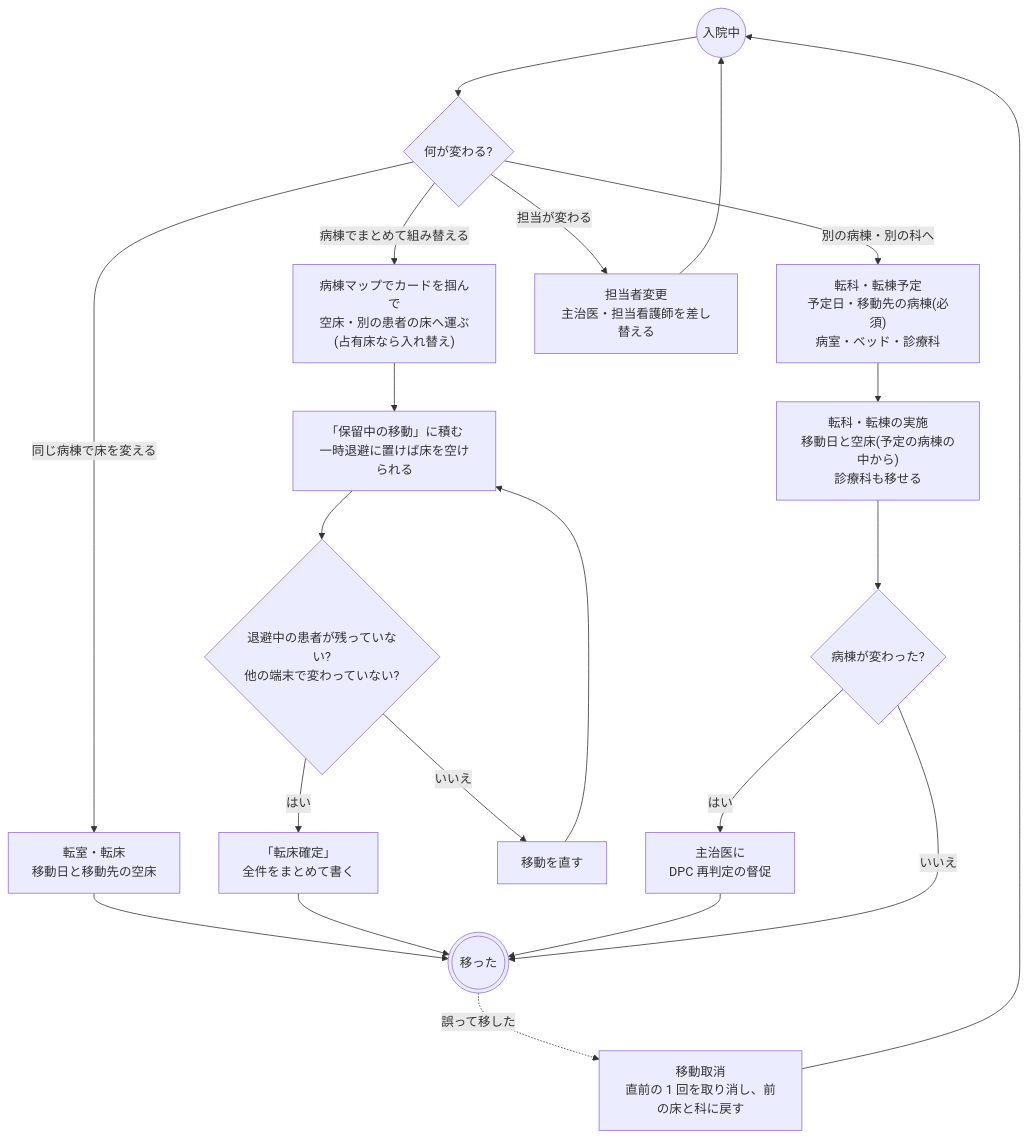
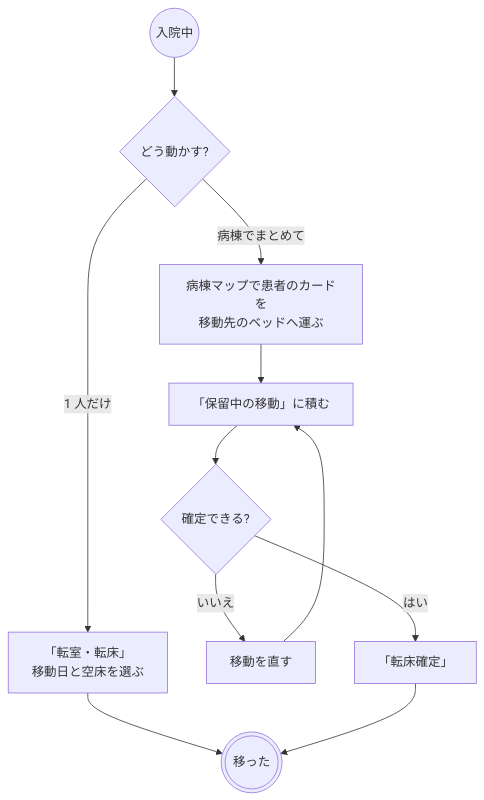
One commit to ysnr-dev/fhir-client-docs changed the fourth of 8 diagrams in docs/flows/admission-discharge.md. Above: the diagram before and after it, drawn with Mermaid. The commit also changed other lines of this file and 43 other files, not shown here.

Commit message:
docs: 業務フローとシーケンス図を写し直し

````diff
--- a/docs/flows/admission-discharge.md
+++ b/docs/flows/admission-discharge.md
@@ -152,29 +222,18 @@
 ```mermaid
 flowchart TD
   course(("入院中"))
-  what{"何が変わる?"}
-  bedMove["転室・転床<br/>移動日と移動先の空床"]
-  mapMove["病棟マップでカードを掴んで<br/>空床・別の患者の床へ運ぶ<br/>(占有床なら入れ替え)"]
-  pending["「保留中の移動」に積む<br/>一時退避に置けば床を空けられる"]
-  commitQ{"退避中の患者が残っていない?<br/>他の端末で変わっていない?"}
-  commit["「転床確定」<br/>全件をまとめて書く"]
+  how{"どう動かす?"}
+  bedMove["「転室・転床」<br/>移動日と空床を選ぶ"]
+  mapMove["病棟マップで患者のカードを<br/>移動先のベッドへ運ぶ"]
+  pending["「保留中の移動」に積む"]
+  okQ{"確定できる?"}
   fix["移動を直す"]
-  tplan["転科・転棟予定<br/>予定日・移動先の病棟(必須)<br/>病室・ベッド・診療科"]
-  texec["転科・転棟の実施<br/>移動日と空床(予定の病棟の中から)<br/>診療科も移せる"]
-  wardQ{"病棟が変わった?"}
-  dpc["主治医に<br/>DPC 再判定の督促"]
-  staff["担当者変更<br/>主治医・担当看護師を差し替える"]
-  undo["移動取消<br/>直前の 1 回を取り消し、前の床と科に戻す"]
+  commit["「転床確定」"]
   done((("移った")))
 
-  course --> what
-  what -- "同じ病棟で床を変える" --> bedMove --> done
-  what -- "病棟でまとめて組み替える" --> mapMove --> pending --> commitQ
-  commitQ -- "いいえ" --> fix --> pending
-  commitQ -- "はい" --> commit --> done
-  what -- "別の病棟・別の科へ" --> tplan --> texec --> wardQ
-  wardQ -- "はい" --> dpc --> done
-  wardQ -- "いいえ" --> done
-  what -- "担当が変わる" --> staff --> course
-  done -. "誤って移した" .-> undo --> course
+  course --> how
+  how -- "1 人だけ" --> bedMove --> done
+  how -- "病棟でまとめて" --> mapMove --> pending --> okQ
+  okQ -- "いいえ" --> fix --> pending
+  okQ -- "はい" --> commit --> done
 ```
````
